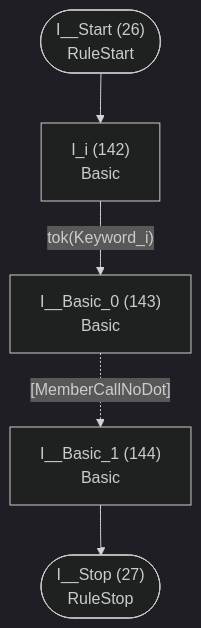
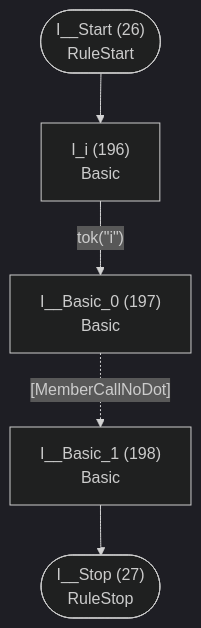
Diagram 14 of 41 in internal/languages/completion/atn.md (TypeFox/fastbelt), drawn with Mermaid (dark theme) before and after one commit. The commit also changed other lines of this file and 36 other files, not shown here.

````diff
--- a/internal/languages/completion/atn.md
+++ b/internal/languages/completion/atn.md
@@ -349,13 +394,13 @@
 ```mermaid
 flowchart TD
     q26(["I__Start (26)<br/>RuleStart"])
     q27(["I__Stop (27)<br/>RuleStop"])
-    q142["I_i (142)<br/>Basic<br/>"]
-    q143["I__Basic_0 (143)<br/>Basic<br/>"]
-    q144["I__Basic_1 (144)<br/>Basic<br/>"]
+    q196["I_i (196)<br/>Basic<br/>"]
+    q197["I__Basic_0 (197)<br/>Basic<br/>"]
+    q198["I__Basic_1 (198)<br/>Basic<br/>"]
 
-    q26 --> q142
-    q142 -->|"tok(Keyword_i)"| q143
-    q143 -.->|"[MemberCallNoDot]"| q144
-    q144 --> q27
+    q26 --> q196
+    q196 -->|"tok(&quot;i&quot;)"| q197
+    q197 -.->|"[MemberCallNoDot]"| q198
+    q198 --> q27
 ```
````
